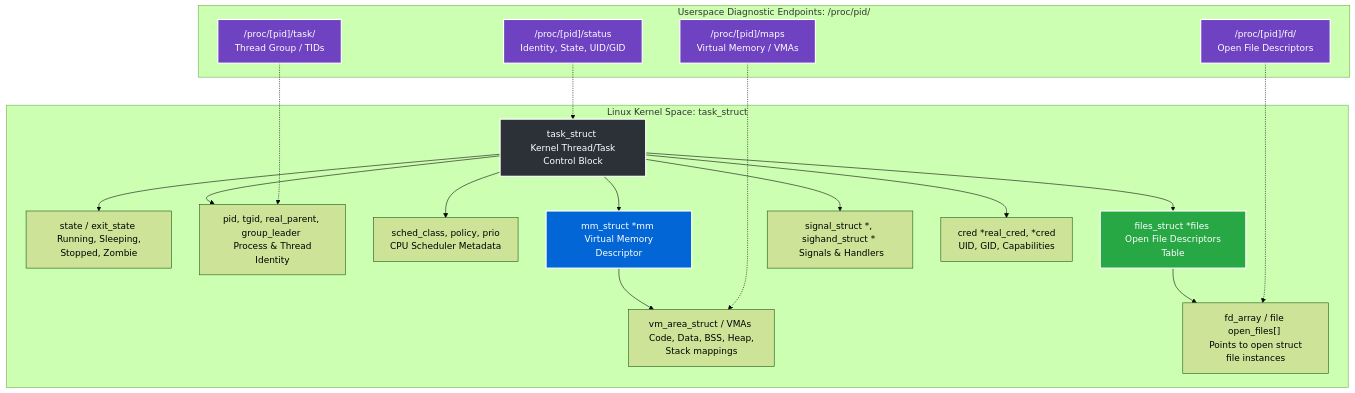
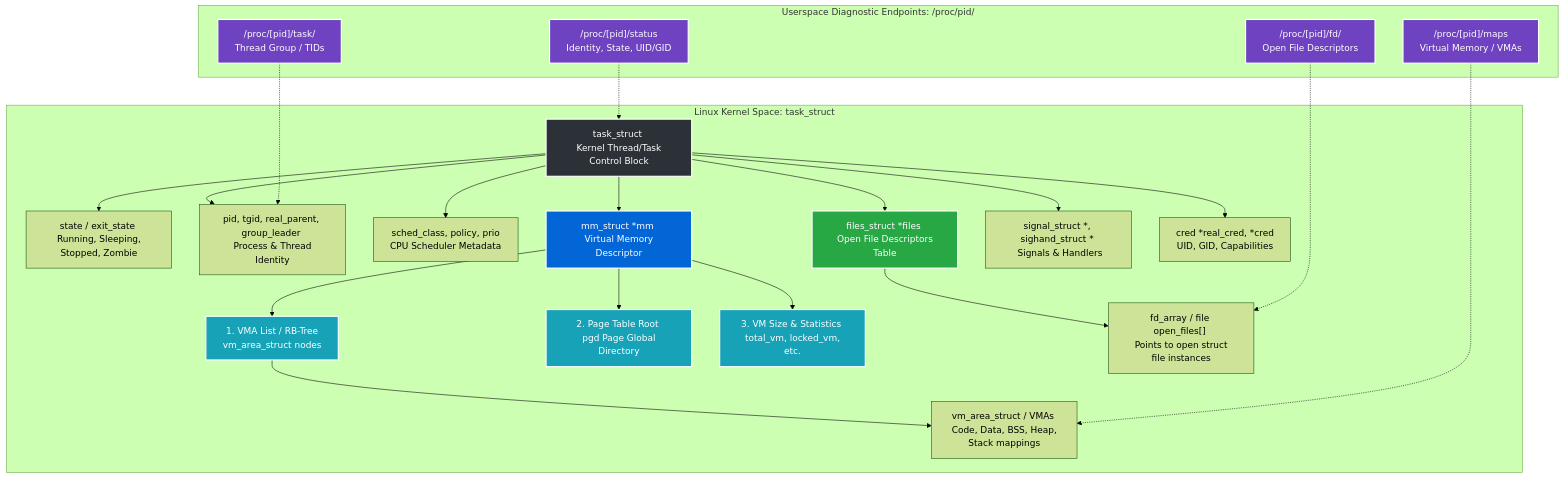
One commit to a-ZINC/Cherno-CPP-Notes changed the first of 4 diagrams in docs/en/io/2_Linux Process + Kernel Foundations/1_process.md. Above: the diagram before and after it, drawn with Mermaid (forest theme).

````diff
--- a/docs/en/io/2_Linux Process + Kernel Foundations/1_process.md
+++ b/docs/en/io/2_Linux Process + Kernel Foundations/1_process.md
@@ -5,44 +5,52 @@
 ```mermaid
 graph TD
     subgraph Userspace_Endpoints ["Userspace Diagnostic Endpoints: /proc/pid/"]
         P_STATUS["/proc/[pid]/status <br/> Identity, State, UID/GID"]
         P_MAPS["/proc/[pid]/maps <br/> Virtual Memory / VMAs"]
         P_FD["/proc/[pid]/fd/ <br/> Open File Descriptors"]
         P_TASK["/proc/[pid]/task/ <br/> Thread Group / TIDs"]
     end
 
     subgraph Kernel_Space ["Linux Kernel Space: task_struct"]
         TS["task_struct <br/> Kernel Thread/Task Control Block"]
         
         %% Core Sub-structures
         TS --> STATE["state / exit_state <br/> Running, Sleeping, Stopped, Zombie"]
         TS --> ID["pid, tgid, real_parent, group_leader <br/> Process & Thread Identity"]
         TS --> SCHED["sched_class, policy, prio <br/> CPU Scheduler Metadata"]
         
         %% Resource Pointers
         TS --> MM["mm_struct *mm <br/> Virtual Memory Descriptor"]
         TS --> FILES["files_struct *files <br/> Open File Descriptors Table"]
         TS --> SIGNALS["signal_struct *, sighand_struct * <br/> Signals & Handlers"]
         TS --> CRED["cred *real_cred, *cred <br/> UID, GID, Capabilities"]
 
-        %% Memory details under mm_struct
-        MM --> VMA["vm_area_struct / VMAs <br/> Code, Data, BSS, Heap, Stack mappings"]
+        %% mm_struct internal blocks
+        MM --> MM_VMA["1. VMA List / RB-Tree <br/> vm_area_struct nodes"]
+        MM --> MM_PT["2. Page Table Root <br/> pgd Page Global Directory"]
+        MM --> MM_STATS["3. VM Size & Statistics <br/> total_vm, locked_vm, etc."]
+
+        %% Memory details under VMA
+        MM_VMA --> VMA["vm_area_struct / VMAs <br/> Code, Data, BSS, Heap, Stack mappings"]
         
         %% File table details under files_struct
         FILES --> FDTABLE["fd_array / file open_files[] <br/> Points to open struct file instances"]
     end
 
     %% Mapping Userspace Endpoints to Kernel Structures
     P_STATUS -.-> TS
     P_MAPS -.-> VMA
     P_FD -.-> FDTABLE
     P_TASK -.-> ID
 
     style TS fill:#2b3137,stroke:#fff,stroke-width:2px,color:#fff
     style MM fill:#0366d6,stroke:#fff,stroke-width:2px,color:#fff
     style FILES fill:#28a745,stroke:#fff,stroke-width:2px,color:#fff
     style P_STATUS fill:#6f42c1,stroke:#fff,stroke-width:2px,color:#fff
     style P_MAPS fill:#6f42c1,stroke:#fff,stroke-width:2px,color:#fff
     style P_FD fill:#6f42c1,stroke:#fff,stroke-width:2px,color:#fff
     style P_TASK fill:#6f42c1,stroke:#fff,stroke-width:2px,color:#fff
+    style MM_VMA fill:#17a2b8,stroke:#fff,stroke-width:2px,color:#fff
+    style MM_PT fill:#17a2b8,stroke:#fff,stroke-width:2px,color:#fff
+    style MM_STATS fill:#17a2b8,stroke:#fff,stroke-width:2px,color:#fff
 ```
````
